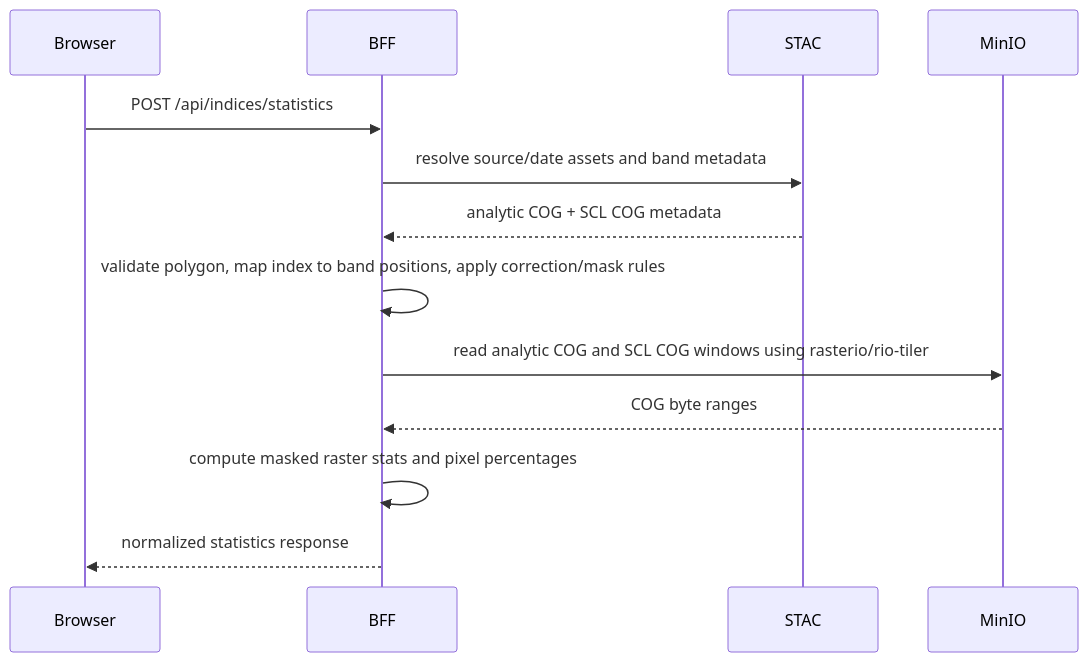
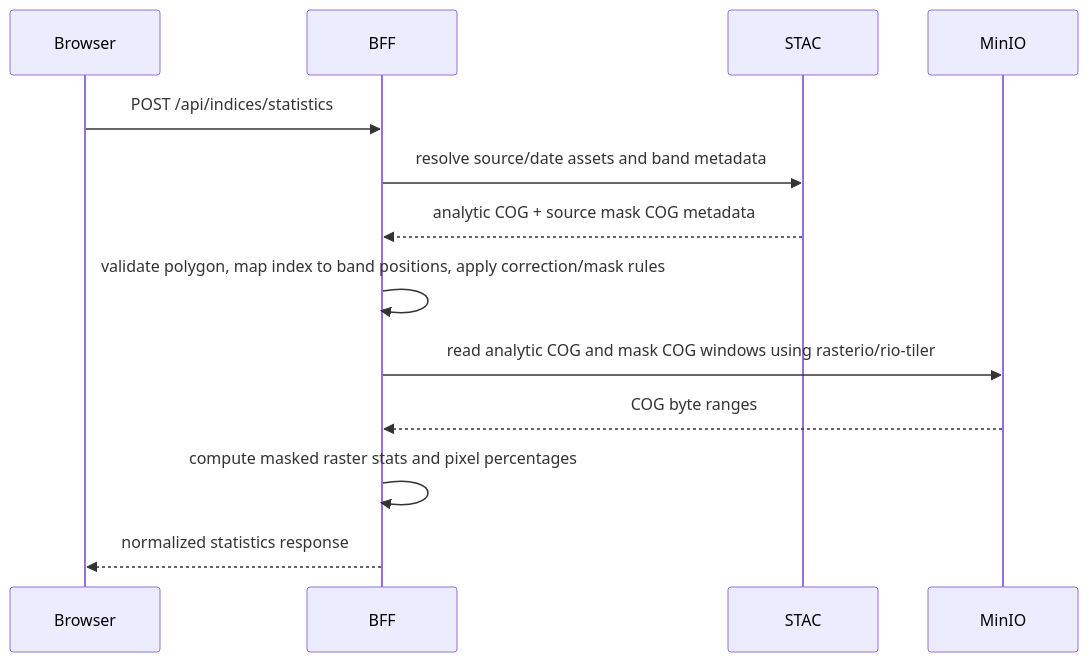
Before and after one commit to nishanthturnstile/akasha-project: the third of 3 diagrams in docs/architecture-tech-stack.md, drawn with Mermaid. The commit also changed other lines of this file and 148 other files, not shown here.

````diff
--- a/docs/architecture-tech-stack.md
+++ b/docs/architecture-tech-stack.md
@@ -245,15 +251,15 @@
 ```mermaid
 sequenceDiagram
     participant Browser
     participant BFF
     participant STAC
     participant MinIO
     Browser->>BFF: POST /api/indices/statistics
     BFF->>STAC: resolve source/date assets and band metadata
-    STAC-->>BFF: analytic COG + SCL COG metadata
+    STAC-->>BFF: analytic COG + source mask COG metadata
     BFF->>BFF: validate polygon, map index to band positions, apply correction/mask rules
-    BFF->>MinIO: read analytic COG and SCL COG windows using rasterio/rio-tiler
+    BFF->>MinIO: read analytic COG and mask COG windows using rasterio/rio-tiler
     MinIO-->>BFF: COG byte ranges
     BFF->>BFF: compute masked raster stats and pixel percentages
     BFF-->>Browser: normalized statistics response
 ```
````
